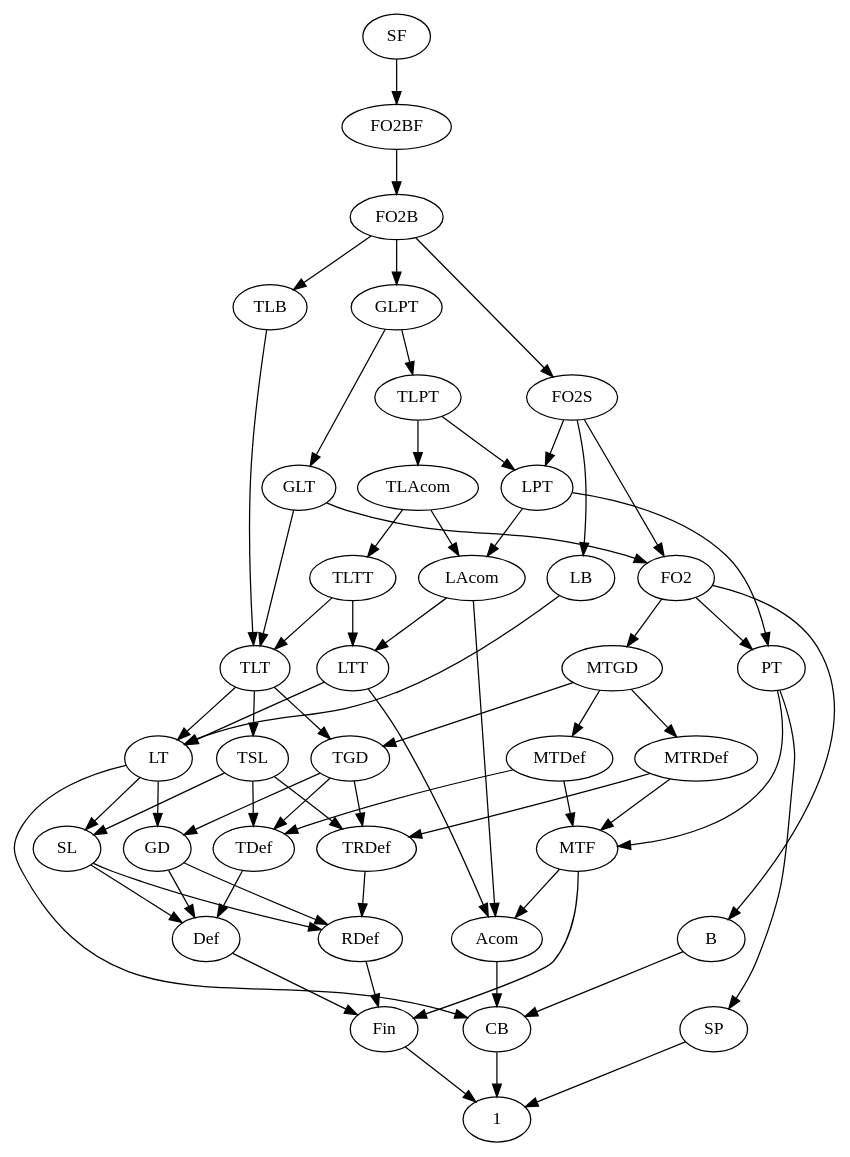
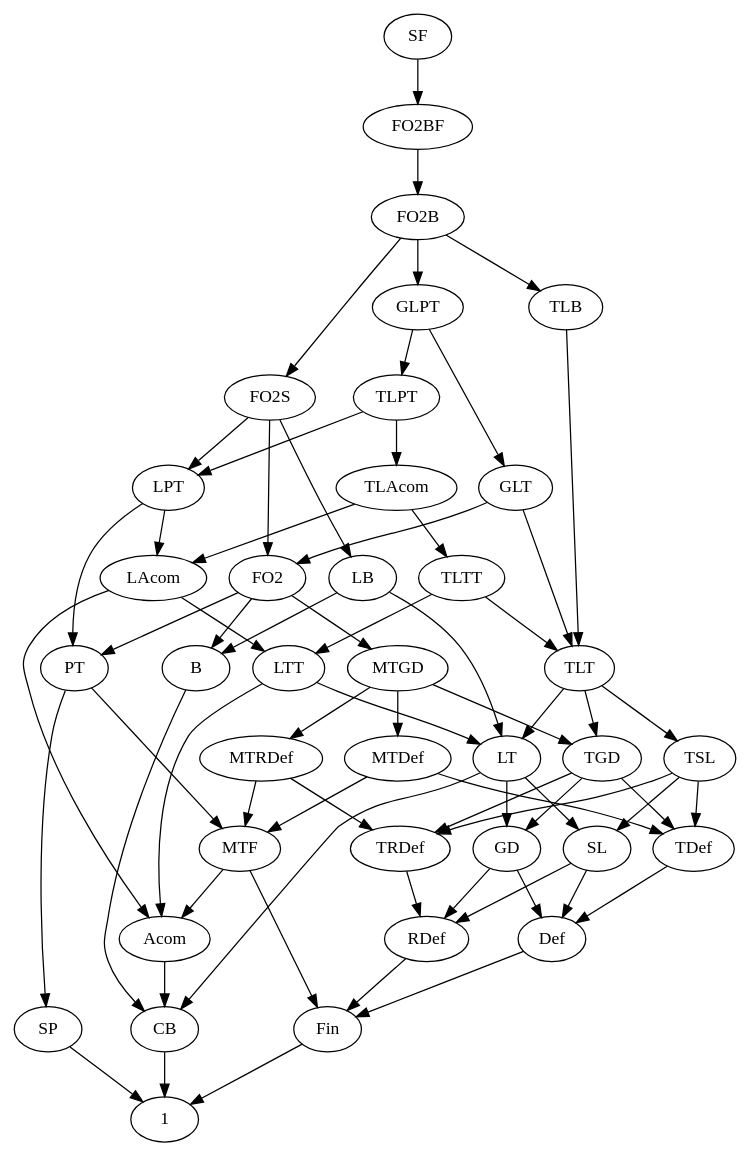
The diagram in hierarchy.dot (vvulpes0/Language-Toolkit-2), drawn with Graphviz before and after one commit.

Commit message:
LB contains B

```diff
--- a/hierarchy.dot
+++ b/hierarchy.dot
@@ -1,68 +1,69 @@
 digraph subreg {
 SF -> FO2BF;
 FO2BF -> FO2B;
 FO2B -> FO2S;
 FO2S -> FO2;
 FO2 -> PT;
 FO2 -> B;
 B -> CB;
 PT -> SP;
 LAcom -> Acom;
 LAcom -> LTT;
 LTT -> LT;
 LT -> SL;
 TLAcom -> TLTT;
 TLAcom -> LAcom;
 TLTT -> LTT;
 TLTT -> TLT;
 TLT -> LT;
 TLT -> TSL;
 TSL -> SL;
 FO2B -> GLPT;
 FO2B -> TLB;
 TLB -> TLT;
 GLPT -> GLT;
 GLT -> TLT;
 GLT -> FO2;
 FO2S -> LPT;
 FO2S -> LB;
 LB -> LT;
+LB -> B;
 LPT -> LAcom;
 LPT -> PT;
 GLPT -> TLPT;
 TLPT -> TLAcom;
 TLPT -> LPT;
 TLT -> TGD;
 FO2 -> MTGD;
 LT -> GD;
 MTGD -> TGD;
 MTGD -> MTDef;
 MTGD -> MTRDef;
 MTDef -> MTF;
 MTDef -> TDef;
 MTRDef -> MTF;
 MTRDef -> TRDef;
 TGD -> GD;
 PT -> MTF;
 MTF -> Acom;
 LTT -> Acom;
 Acom -> CB;
 MTF -> Fin;
 LT -> CB;
 CB -> 1;
 Fin -> 1;
 SP -> 1;
 
 TGD -> TDef;
 TGD -> TRDef;
 GD -> Def;
 GD -> RDef;
 SL -> Def;
 SL -> RDef;
 Def -> Fin;
 RDef -> Fin;
 TSL -> TDef;
 TSL -> TRDef;
 TDef -> Def;
 TRDef -> RDef;
 }
```
